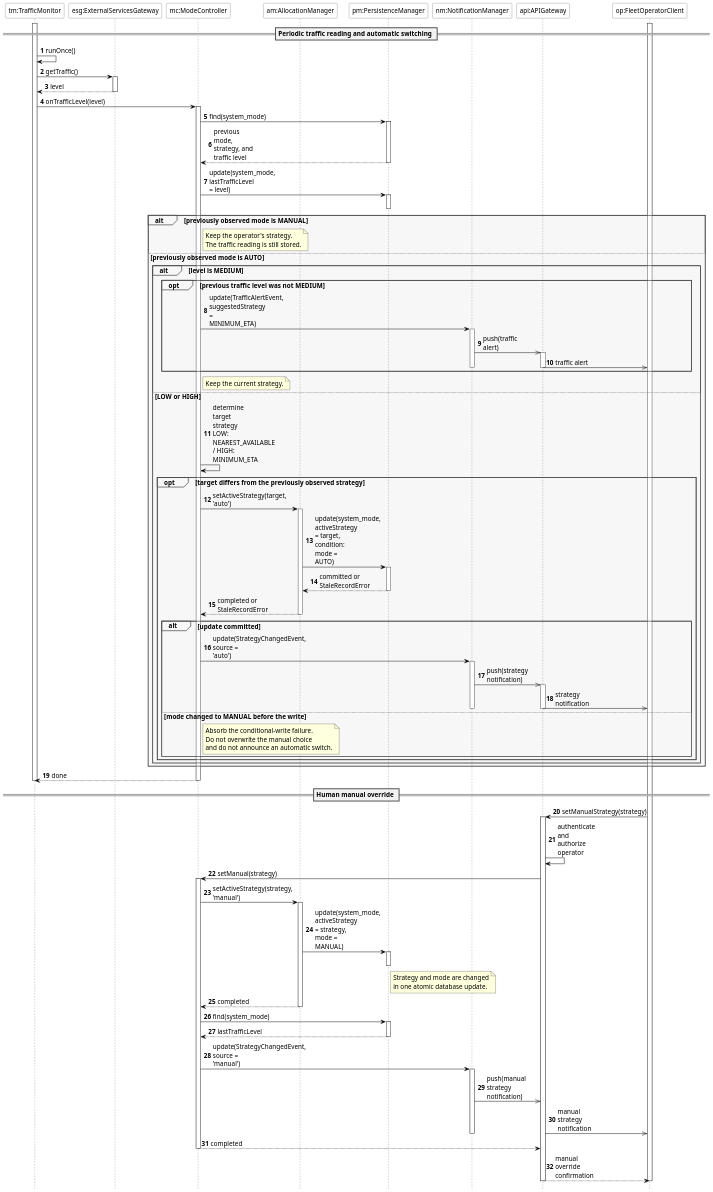
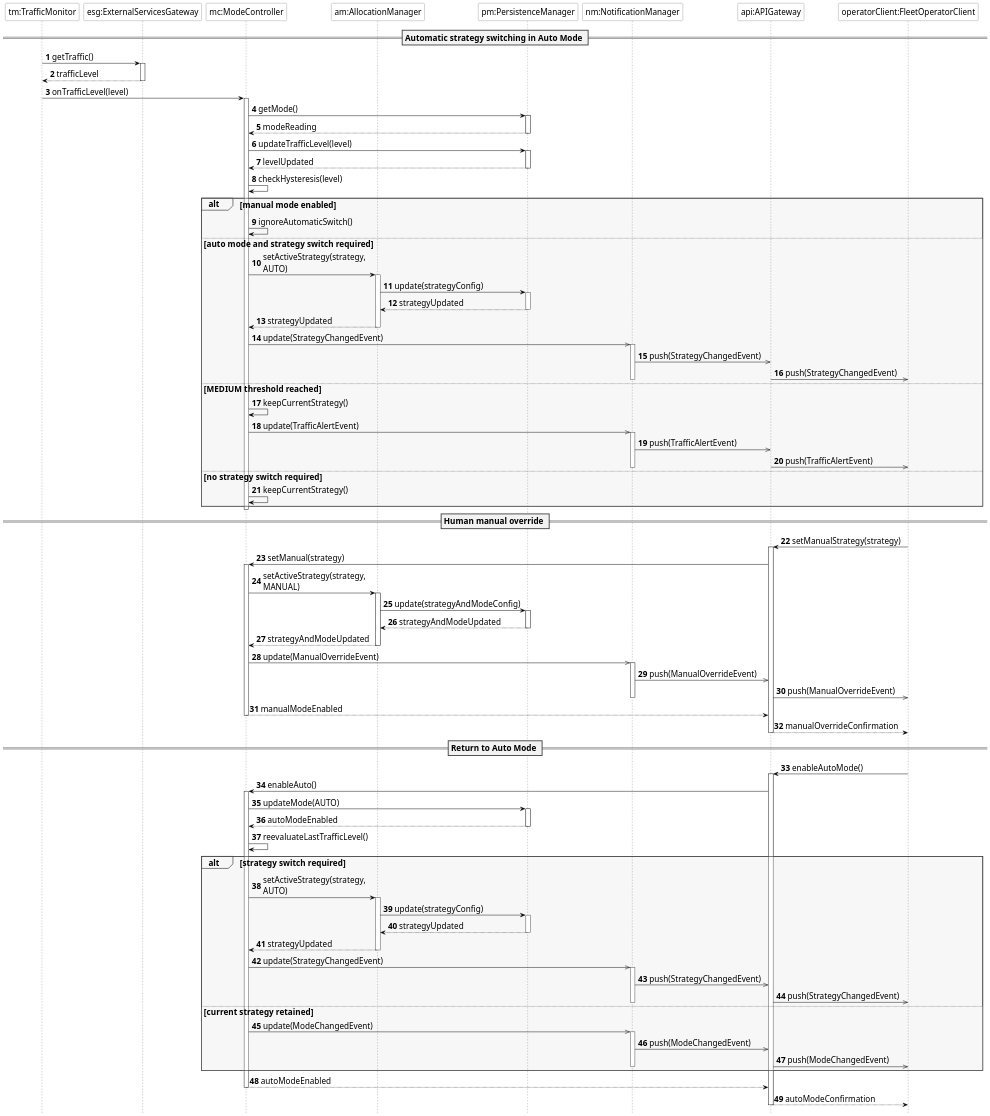
Before and after one commit to meggie-0/SE4A_ROAd_MargheritaBertipaglia_DavidCazzaniga_PasqualeIgnarra_Project: the diagram in DD/diagrams/sequence_diagrams/seq_auto_strategy_switch.puml, drawn with PlantUML. The commit also changed 18 other files, not shown here.

Commit message:
Refined DD and RASD diagrams

```diff
--- a/DD/diagrams/sequence_diagrams/seq_auto_strategy_switch.puml
+++ b/DD/diagrams/sequence_diagrams/seq_auto_strategy_switch.puml
@@ -3,7 +3,7 @@
 skinparam backgroundColor white
 skinparam shadowing false
 skinparam defaultFontName Arial
-skinparam defaultFontSize 14
+skinparam defaultFontSize 18
 skinparam dpi 150
 skinparam maxMessageSize 90
 
@@ -43,12 +43,6 @@
 hide footbox
 autonumber
 
-' Component-level view: arguments and returned DTOs are abbreviated.
-' PersistenceManager includes database access; its internal SQL is omitted.
-' Internal helper work is grouped under the component that owns it.
-' Calls to update(event) include subject notification where applicable.
-' WebSocket delivery uses the sessions registered by the API Gateway.
-
 participant "tm:TrafficMonitor" as TM
 participant "esg:ExternalServicesGateway" as ESG
 participant "mc:ModeController" as MC
@@ -56,113 +50,153 @@
 participant "pm:PersistenceManager" as PM
 participant "nm:NotificationManager" as NM
 participant "api:APIGateway" as API
-participant "op:FleetOperatorClient" as OP
+participant "operatorClient:FleetOperatorClient" as Operator
 
-activate OP
 
-== Periodic traffic reading and automatic switching ==
+== Automatic strategy switching in Auto Mode ==
 
-activate TM
-TM -> TM : runOnce()
 TM -> ESG : getTraffic()
 activate ESG
-ESG --> TM : level
+ESG --> TM : trafficLevel
 deactivate ESG
+
 TM -> MC : onTrafficLevel(level)
 activate MC
-MC -> PM : find(system_mode)
+
+MC -> PM : getMode()
 activate PM
-PM --> MC : previous mode, strategy, and traffic level
-deactivate PM
-MC -> PM : update(system_mode, lastTrafficLevel = level)
-activate PM
+PM --> MC : modeReading
 deactivate PM
 
-alt previously observed mode is MANUAL
-    note right of MC
-        Keep the operator's strategy.
-        The traffic reading is still stored.
-    end note
-else previously observed mode is AUTO
-    alt level is MEDIUM
-        opt previous traffic level was not MEDIUM
-            MC -> NM : update(TrafficAlertEvent, suggestedStrategy = MINIMUM_ETA)
-            activate NM
-            NM ->> API : push(traffic alert)
-            activate API
-            API ->> OP : traffic alert
-            deactivate API
-            deactivate NM
-        end
-        note right of MC
-            Keep the current strategy.
-        end note
-    else LOW or HIGH
-        MC -> MC : determine target strategy\nLOW: NEAREST_AVAILABLE / HIGH: MINIMUM_ETA
-        opt target differs from the previously observed strategy
-            MC -> AM : setActiveStrategy(target, 'auto')
-            activate AM
-            AM -> PM : update(system_mode, activeStrategy = target,\ncondition: mode = AUTO)
-            activate PM
-            PM --> AM : committed or StaleRecordError
-            deactivate PM
-            AM --> MC : completed or StaleRecordError
-            deactivate AM
+MC -> PM : updateTrafficLevel(level)
+activate PM
+PM --> MC : levelUpdated
+deactivate PM
 
-            alt update committed
-                MC -> NM : update(StrategyChangedEvent, source = 'auto')
-                activate NM
-                NM ->> API : push(strategy notification)
-                activate API
-                API ->> OP : strategy notification
-                deactivate API
-                deactivate NM
-            else mode changed to MANUAL before the write
-                note right of MC
-                    Absorb the conditional-write failure.
-                    Do not overwrite the manual choice
-                    and do not announce an automatic switch.
-                end note
-            end
-        end
-    end
+MC -> MC : checkHysteresis(level)
+
+alt manual mode enabled
+
+    MC -> MC : ignoreAutomaticSwitch()
+
+else auto mode and strategy switch required
+
+    MC -> AM : setActiveStrategy(strategy,\nAUTO)
+    activate AM
+
+    AM -> PM : update(strategyConfig)
+    activate PM
+    PM --> AM : strategyUpdated
+    deactivate PM
+
+    AM --> MC : strategyUpdated
+    deactivate AM
+
+    MC ->> NM : update(StrategyChangedEvent)
+    activate NM
+    NM ->> API : push(StrategyChangedEvent)
+    API ->> Operator : push(StrategyChangedEvent)
+    deactivate NM
+
+else MEDIUM threshold reached
+
+    MC -> MC : keepCurrentStrategy()
+
+    MC ->> NM : update(TrafficAlertEvent)
+    activate NM
+    NM ->> API : push(TrafficAlertEvent)
+    API ->> Operator : push(TrafficAlertEvent)
+    deactivate NM
+
+else no strategy switch required
+
+    MC -> MC : keepCurrentStrategy()
+
 end
 
-MC --> TM : done
 deactivate MC
-deactivate TM
+
 
 == Human manual override ==
 
-OP -> API : setManualStrategy(strategy)
+Operator -> API : setManualStrategy(strategy)
 activate API
-API -> API : authenticate and authorize operator
+
 API -> MC : setManual(strategy)
 activate MC
-MC -> AM : setActiveStrategy(strategy, 'manual')
+
+MC -> AM : setActiveStrategy(strategy,\nMANUAL)
 activate AM
-AM -> PM : update(system_mode, activeStrategy = strategy, mode = MANUAL)
+
+AM -> PM : update(strategyAndModeConfig)
 activate PM
-note right of PM
-    Strategy and mode are changed
-    in one atomic database update.
-end note
+PM --> AM : strategyAndModeUpdated
 deactivate PM
-AM --> MC : completed
+
+AM --> MC : strategyAndModeUpdated
 deactivate AM
-MC -> PM : find(system_mode)
+
+MC ->> NM : update(ManualOverrideEvent)
+activate NM
+NM ->> API : push(ManualOverrideEvent)
+API ->> Operator : push(ManualOverrideEvent)
+deactivate NM
+
+MC --> API : manualModeEnabled
+deactivate MC
+
+API --> Operator : manualOverrideConfirmation
+deactivate API
+
+
+== Return to Auto Mode ==
+
+Operator -> API : enableAutoMode()
+activate API
+
+API -> MC : enableAuto()
+activate MC
+
+MC -> PM : updateMode(AUTO)
 activate PM
-PM --> MC : lastTrafficLevel
+PM --> MC : autoModeEnabled
 deactivate PM
-MC -> NM : update(StrategyChangedEvent, source = 'manual')
-activate NM
-NM ->> API : push(manual strategy notification)
-API ->> OP : manual strategy notification
-deactivate NM
-MC --> API : completed
+
+MC -> MC : reevaluateLastTrafficLevel()
+
+alt strategy switch required
+
+    MC -> AM : setActiveStrategy(strategy,\nAUTO)
+    activate AM
+
+    AM -> PM : update(strategyConfig)
+    activate PM
+    PM --> AM : strategyUpdated
+    deactivate PM
+
+    AM --> MC : strategyUpdated
+    deactivate AM
+
+    MC ->> NM : update(StrategyChangedEvent)
+    activate NM
+    NM ->> API : push(StrategyChangedEvent)
+    API ->> Operator : push(StrategyChangedEvent)
+    deactivate NM
+
+else current strategy retained
+
+    MC ->> NM : update(ModeChangedEvent)
+    activate NM
+    NM ->> API : push(ModeChangedEvent)
+    API ->> Operator : push(ModeChangedEvent)
+    deactivate NM
+
+end
+
+MC --> API : autoModeEnabled
 deactivate MC
-API --> OP : manual override confirmation
+
+API --> Operator : autoModeConfirmation
 deactivate API
-deactivate OP
 
 @enduml
```
